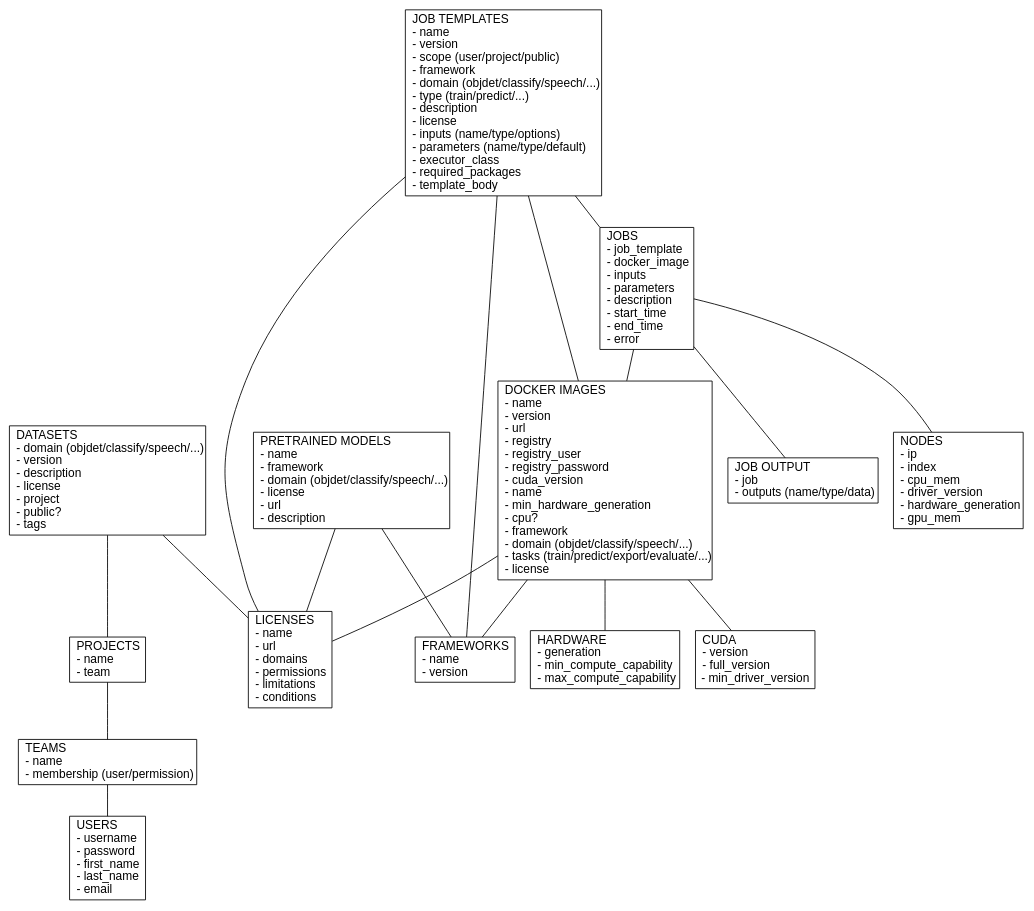
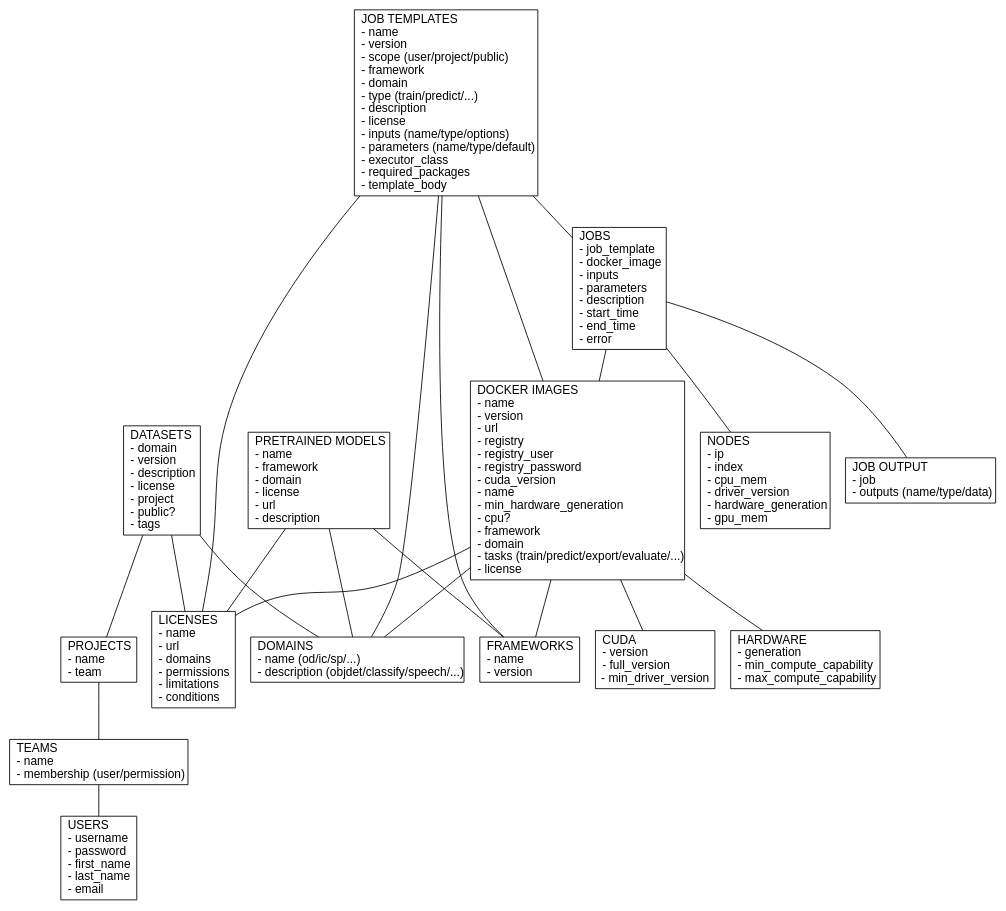
Before and after one commit to waikato-ufdl/ufdl-api: the diagram in docs/img/api.dot, drawn with Graphviz. The commit also changed 1 other file, not shown here.

Commit message:
added domains as separate entity

```diff
--- a/docs/img/api.dot
+++ b/docs/img/api.dot
@@ -1,39 +1,44 @@
 graph {
 
   node [shape=record fontname=Arial];
 
   users [label = "USERS\l- username\l- password\l- first_name\l- last_name\l- email\l"];
   teams [label = "TEAMS\l- name\l- membership (user/permission)\l"];
   projects [label = "PROJECTS\l- name\l- team\l"];
   licenses [label = "LICENSES\l- name\l- url\l- domains\l- permissions\l- limitations\l- conditions\l"];
+  domains [label = "DOMAINS\l- name (od/ic/sp/...)\l- description (objdet/classify/speech/...)\l"];
 
   cuda [label = "CUDA\l- version\l- full_version\l- min_driver_version"];
-  docker_images [label = "DOCKER IMAGES\l- name\l- version\l- url\l- registry\l- registry_user\l- registry_password\l- cuda_version\l- name\l- min_hardware_generation\l- cpu?\l- framework\l- domain (objdet/classify/speech/...)\l- tasks (train/predict/export/evaluate/...)\l- license\l"];
+  docker_images [label = "DOCKER IMAGES\l- name\l- version\l- url\l- registry\l- registry_user\l- registry_password\l- cuda_version\l- name\l- min_hardware_generation\l- cpu?\l- framework\l- domain\l- tasks (train/predict/export/evaluate/...)\l- license\l"];
   frameworks [label = "FRAMEWORKS\l- name\l- version\l"];
   hardware [label = "HARDWARE\l- generation\l- min_compute_capability\l- max_compute_capability\l"];
   nodes [label = "NODES\l- ip\l- index\l- cpu_mem\l- driver_version\l- hardware_generation\l- gpu_mem\l"];
 
-  datasets [label = "DATASETS\l- domain (objdet/classify/speech/...)\l- version\l- description\l- license\l- project\l- public?\l- tags\l"];
-  pretrained_models [label = "PRETRAINED MODELS\l- name\l- framework\l- domain (objdet/classify/speech/...)\l- license\l- url\l- description\l"];
-  job_templates [label = "JOB TEMPLATES\l- name\l- version\l- scope (user/project/public)\l- framework\l- domain (objdet/classify/speech/...)\l- type (train/predict/...)\l- description\l- license\l- inputs (name/type/options)\l- parameters (name/type/default)\l- executor_class\l- required_packages\l- template_body\l"];
+  datasets [label = "DATASETS\l- domain\l- version\l- description\l- license\l- project\l- public?\l- tags\l"];
+  pretrained_models [label = "PRETRAINED MODELS\l- name\l- framework\l- domain\l- license\l- url\l- description\l"];
+  job_templates [label = "JOB TEMPLATES\l- name\l- version\l- scope (user/project/public)\l- framework\l- domain\l- type (train/predict/...)\l- description\l- license\l- inputs (name/type/options)\l- parameters (name/type/default)\l- executor_class\l- required_packages\l- template_body\l"];
   jobs [label = "JOBS\l- job_template\l- docker_image\l- inputs\l- parameters\l- description\l- start_time\l- end_time\l- error\l"];
   job_output [label = "JOB OUTPUT\l- job\l- outputs (name/type/data)\l"];
 
   teams -- users;
   projects -- teams;
   datasets -- licenses;
   datasets -- projects;
+  datasets -- domains;
   pretrained_models -- frameworks;
   pretrained_models -- licenses;
+  pretrained_models -- domains;
   docker_images -- cuda;
   docker_images -- hardware;
   docker_images -- frameworks;
   docker_images -- licenses;
+  docker_images -- domains;
   job_templates -- jobs;
   job_templates -- licenses;
   job_templates -- frameworks;
   job_templates -- docker_images;
+  job_templates -- domains;
   jobs -- job_output;
   jobs -- nodes;
   jobs -- docker_images;
 }
```
